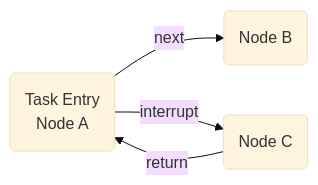
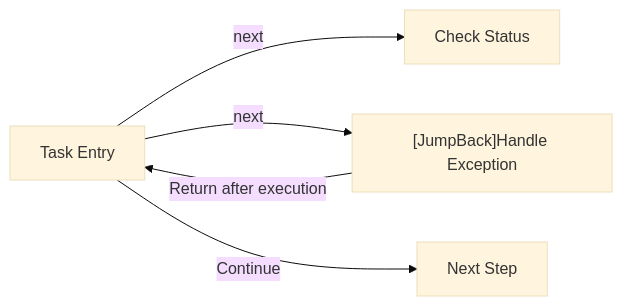
One commit to lamb203/M9A changed the diagram in docs/en_us/develop/pipeline.md. Above: the diagram before and after it, drawn with Mermaid (base theme). The commit also changed other lines of this file and 17 other files, not shown here.

````diff
--- a/docs/en_us/develop/pipeline.md
+++ b/docs/en_us/develop/pipeline.md
@@ -60,6 +76,7 @@
 ```mermaid
 graph LR
-    A(Task Entry<br>Node A) --> |next| B(Node B)
-    A --> |interrupt| C(Node C)
-    C --> |return| A
+    A[Task Entry] --> |next| B[Check Status]
+    A --> |next| C["[JumpBack]Handle Exception"]
+    C --> |Return after execution| A
+    A --> |Continue| D[Next Step]
 ```
````
